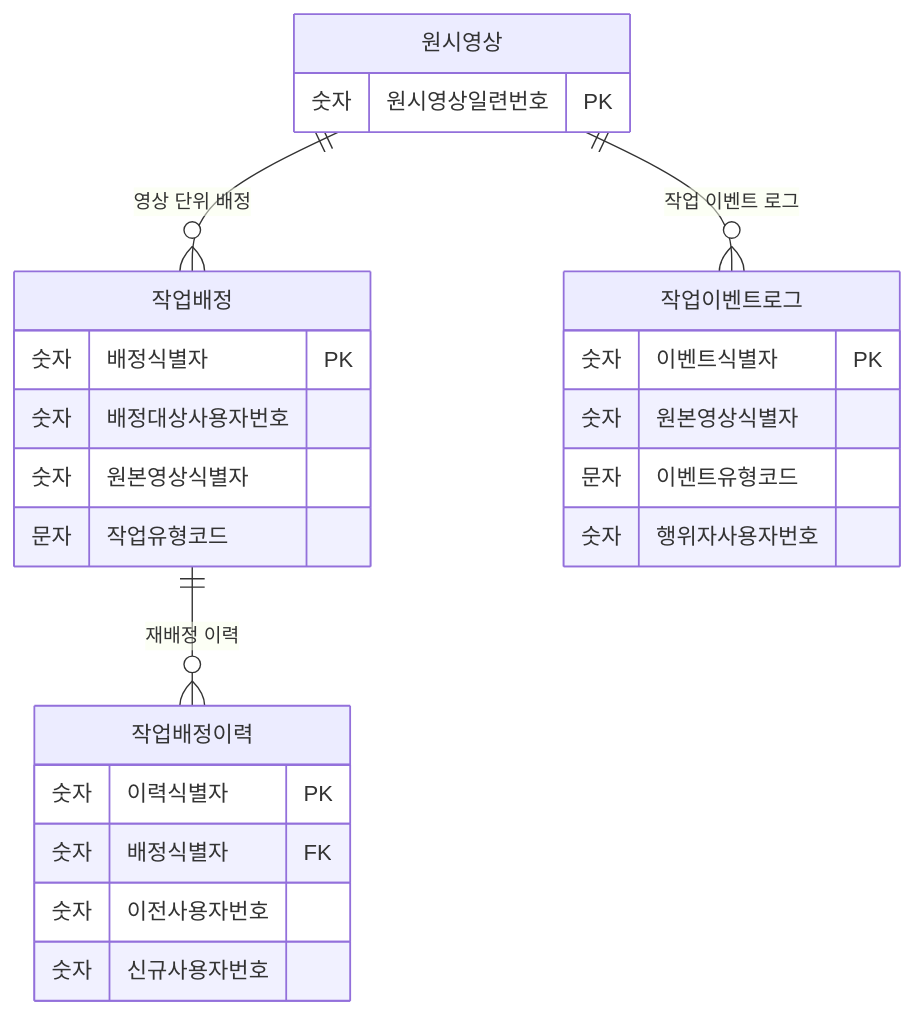
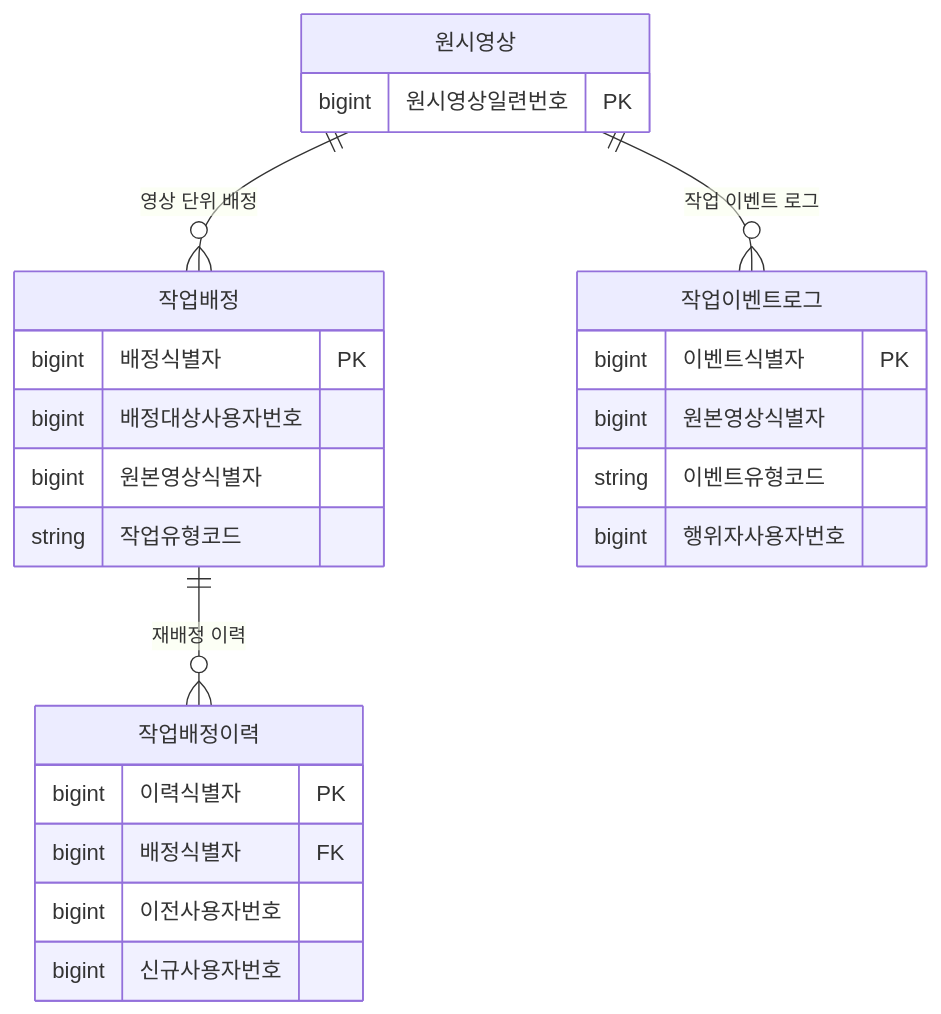
Before and after one commit to New-stella/klid-label: the seventh of 14 diagrams in docs/0705/D8-엔티티관계모형설계서.md, drawn with Mermaid. The commit also changed other lines of this file and 1 other file, not shown here.

First line of the commit message:
docs(D8): §2 속성명 한글화 + §1 ERD 타입 물리 원형 복원

````diff
--- a/docs/0705/D8-엔티티관계모형설계서.md
+++ b/docs/0705/D8-엔티티관계모형설계서.md
@@ -277,31 +277,31 @@
 ```mermaid
 erDiagram
     작업배정 ||--o{ 작업배정이력 : "재배정 이력"
     원시영상 ||--o{ 작업배정 : "영상 단위 배정"
     원시영상 ||--o{ 작업이벤트로그 : "작업 이벤트 로그"
     원시영상 {
         %% class: LsDataRaw (KLID-AT-DC-012)
-        숫자 원시영상일련번호 PK
+        bigint 원시영상일련번호 PK
     }
     작업배정 {
         %% class: LsTaskAssignment (KLID-AT-DC-105)
-        숫자 배정식별자 PK
-        숫자 배정대상사용자번호
-        숫자 원본영상식별자
-        문자 작업유형코드
+        bigint 배정식별자 PK
+        bigint 배정대상사용자번호
+        bigint 원본영상식별자
+        string 작업유형코드
     }
     작업배정이력 {
         %% class: - ※ (D1 미정의 · 작업배정 집합 내부 부속 엔티티)
-        숫자 이력식별자 PK
-        숫자 배정식별자 FK
-        숫자 이전사용자번호
-        숫자 신규사용자번호
+        bigint 이력식별자 PK
+        bigint 배정식별자 FK
+        bigint 이전사용자번호
+        bigint 신규사용자번호
     }
     작업이벤트로그 {
         %% class: - ※ (D1 미정의 · 작업 이력 부속 엔티티)
-        숫자 이벤트식별자 PK
-        숫자 원본영상식별자
-        문자 이벤트유형코드
-        숫자 행위자사용자번호
+        bigint 이벤트식별자 PK
+        bigint 원본영상식별자
+        string 이벤트유형코드
+        bigint 행위자사용자번호
     }
 ```
````
